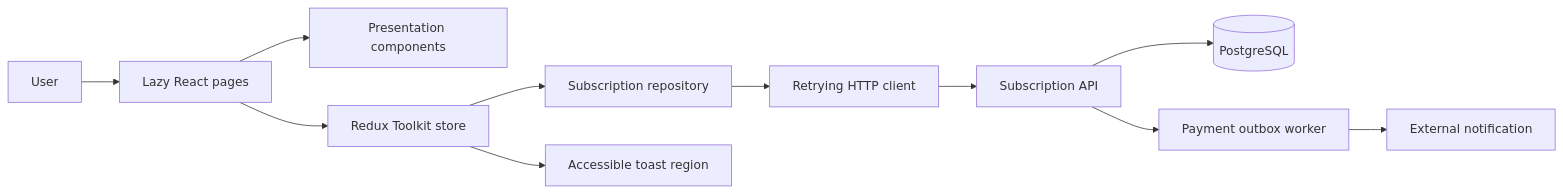
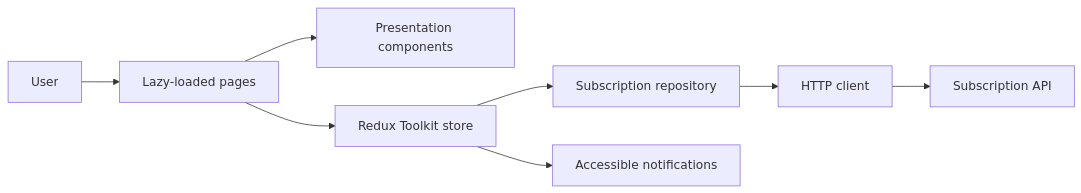
The diagram in README.md (Martin-EG/subscription-system-client), drawn with Mermaid before and after one commit. The commit also changed other lines of this file and 1 other file, not shown here.

````diff
--- a/README.md
+++ b/README.md
@@ -59,13 +100,10 @@
 ```mermaid
 flowchart LR
-    U[User] --> P[Lazy React pages]
+    U[User] --> P[Lazy-loaded pages]
     P --> C[Presentation components]
     P --> R[Redux Toolkit store]
     R --> S[Subscription repository]
-    S --> H[Retrying HTTP client]
+    S --> H[HTTP client]
     H --> A[Subscription API]
-    A --> B[(PostgreSQL)]
-    A --> Q[Payment outbox worker]
-    Q --> N[External notification]
-    R --> T[Accessible toast region]
+    R --> T[Accessible notifications]
 ```
````
